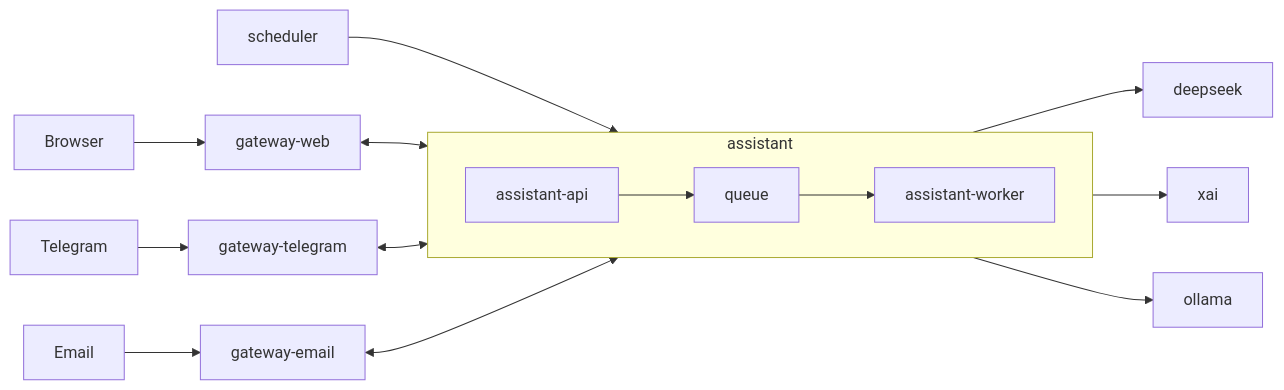
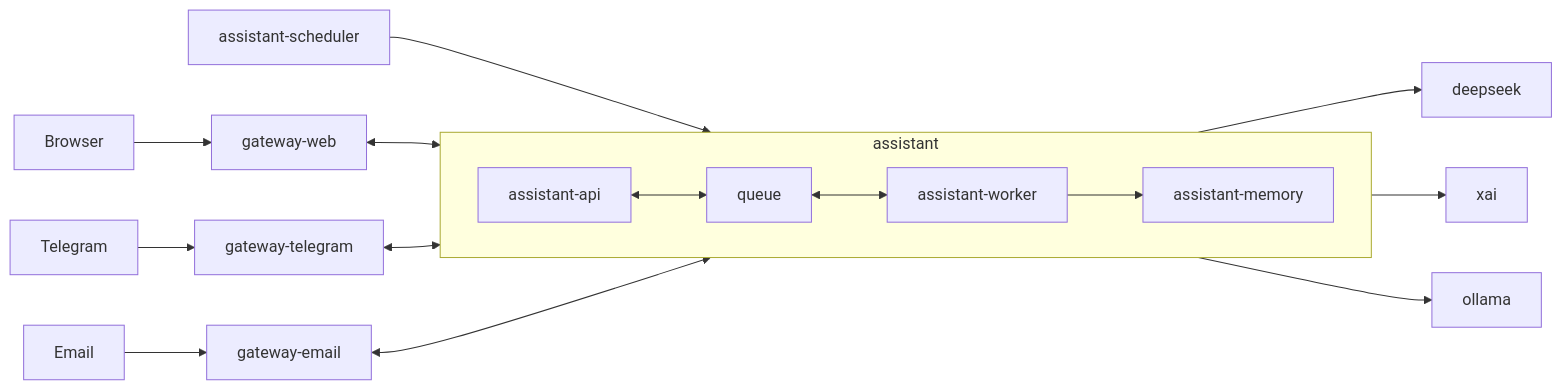
Before and after one commit to vinitu/my-concierge: the diagram in README.md, drawn with Mermaid. The commit also changed other lines of this file and 174 other files, not shown here.

````diff
--- a/README.md
+++ b/README.md
@@ -94,20 +116,21 @@
 ```mermaid
 flowchart LR
-    Scheduler["scheduler"] --> Assistant
+    Scheduler["assistant-scheduler"] --> Assistant
     Browser["Browser"] --> GW["gateway-web"]
     Telegram["Telegram"] --> GT["gateway-telegram"]
     Email["Email"] --> GE["gateway-email"]
     Assistant --> DeepSeek["deepseek"]
     Assistant --> XAI["xai"]
     Assistant --> Ollama["ollama"]
 
     GW <--> Assistant
     GT <--> Assistant
     GE <--> Assistant
 
     subgraph Assistant["assistant"]
         direction LR
-        API["assistant-api"] --> Q["queue"]
-        Q --> Worker["assistant-worker"]
+        API["assistant-api"] <--> Q["queue"]
+        Q <--> Worker["assistant-worker"]
+        Worker --> Memory["assistant-memory"]
     end
 ```
````
